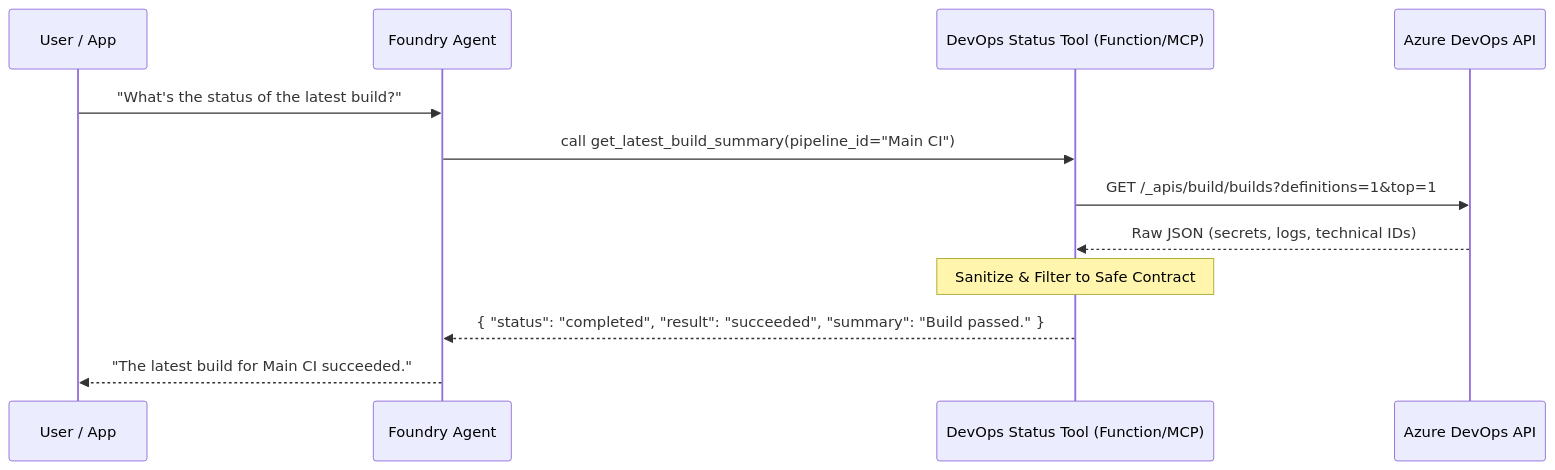
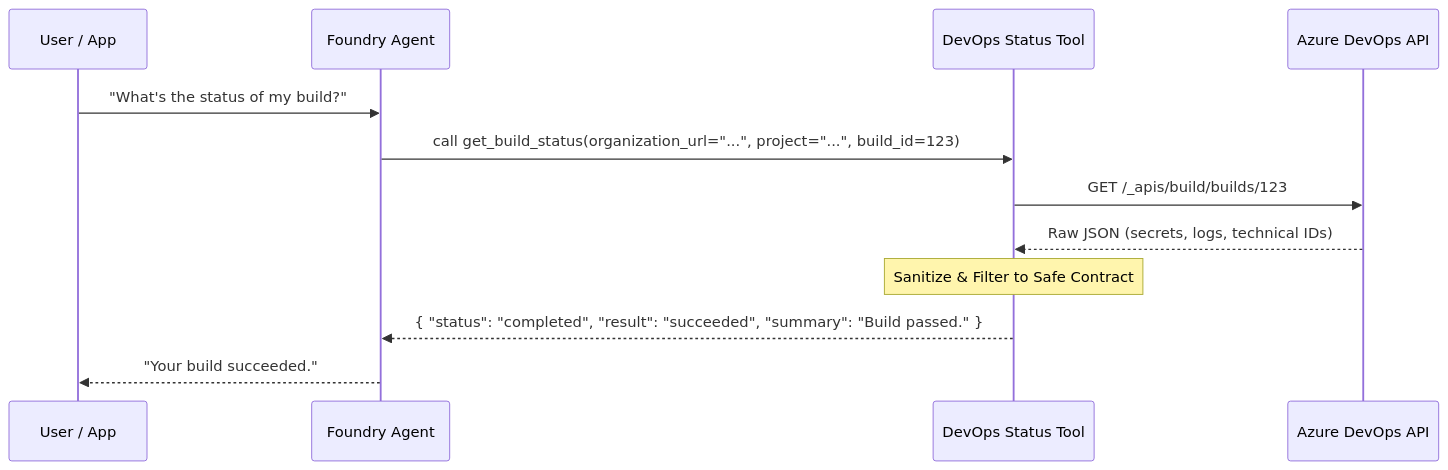
Before and after one commit to wildersa/azure_ref_kit: the second of 2 diagrams in solutions/foundry-devops-agent-basic/README.md, drawn with Mermaid. The commit also changed other lines of this file and 14 other files, not shown here.

First line of the commit message:
Foundry DevOps Status Agent Solution (#216)

````diff
--- a/solutions/foundry-devops-agent-basic/README.md
+++ b/solutions/foundry-devops-agent-basic/README.md
@@ -29,15 +28,15 @@
 ```mermaid
 sequenceDiagram
     participant U as User / App
     participant A as Foundry Agent
-    participant T as DevOps Status Tool (Function/MCP)
+    participant T as DevOps Status Tool
     participant D as Azure DevOps API
 
-    U->>A: "What's the status of the latest build?"
-    A->>T: call get_latest_build_summary(pipeline_id="Main CI")
-    T->>D: GET /_apis/build/builds?definitions=1&top=1
+    U->>A: "What's the status of my build?"
+    A->>T: call get_build_status(organization_url="...", project="...", build_id=123)
+    T->>D: GET /_apis/build/builds/123
     D-->>T: Raw JSON (secrets, logs, technical IDs)
     Note over T: Sanitize & Filter to Safe Contract
     T-->>A: { "status": "completed", "result": "succeeded", "summary": "Build passed." }
-    A-->>U: "The latest build for Main CI succeeded."
+    A-->>U: "Your build succeeded."
 ```
````
